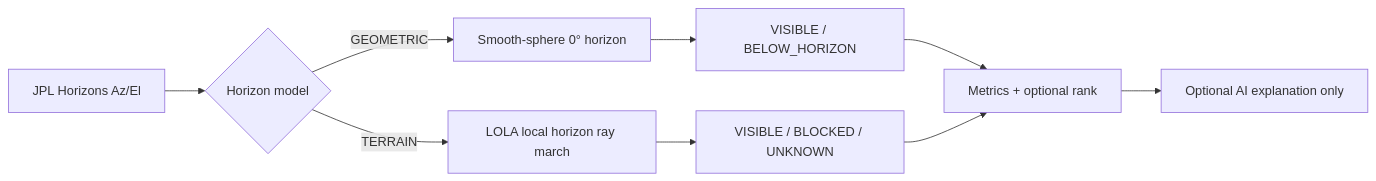
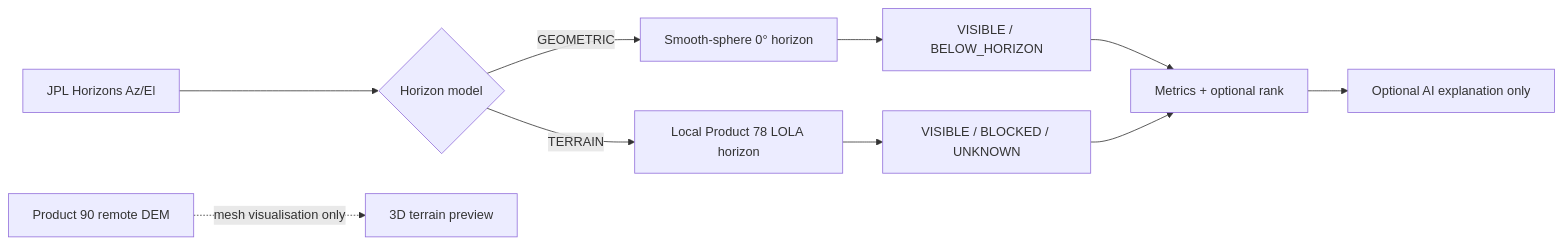
One commit to seyyitkse/Nasa-Space-Apps-SELENORA-Projesi changed the first of 2 diagrams in README.md. Above: the diagram before and after it, drawn with Mermaid. The commit also changed other lines of this file and 9 other files, not shown here.

````diff
--- a/README.md
+++ b/README.md
@@ -122,11 +139,12 @@
 ```mermaid
 flowchart LR
   H[JPL Horizons Az/El] --> S{Horizon model}
   S -->|GEOMETRIC| G[Smooth-sphere 0° horizon]
-  S -->|TERRAIN| T[LOLA local horizon ray march]
+  S -->|TERRAIN| T[Local Product 78 LOLA horizon]
   G --> L[VISIBLE / BELOW_HORIZON]
   T --> U[VISIBLE / BLOCKED / UNKNOWN]
   L --> M[Metrics + optional rank]
   U --> M
   M --> AI[Optional AI explanation only]
+  P90[Product 90 remote DEM] -.->|mesh visualisation only| VIZ[3D terrain preview]
 ```
````
